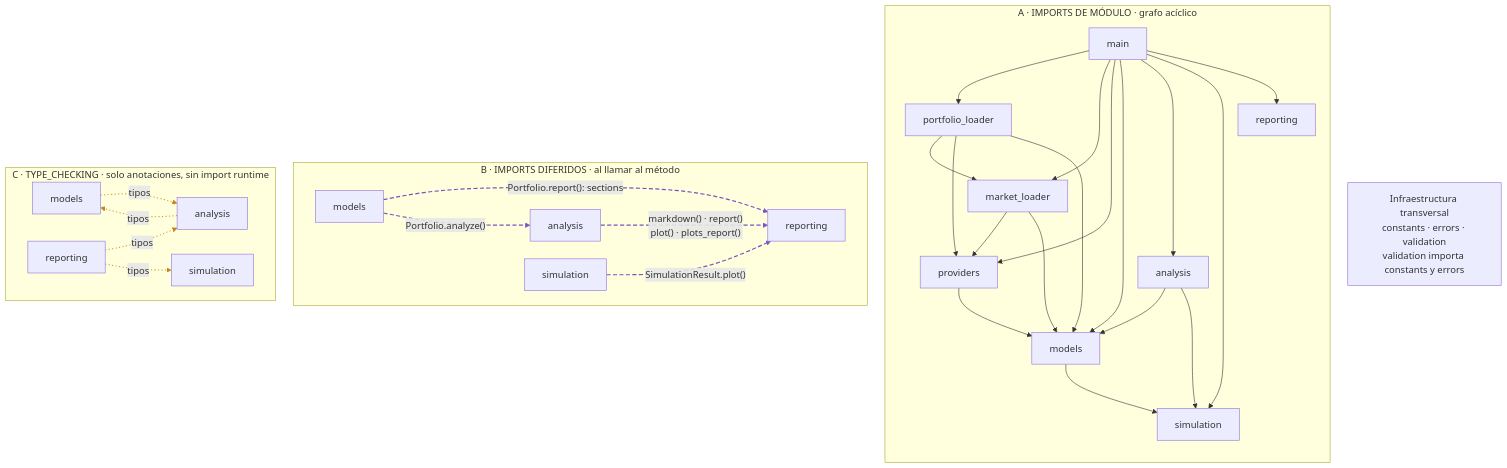
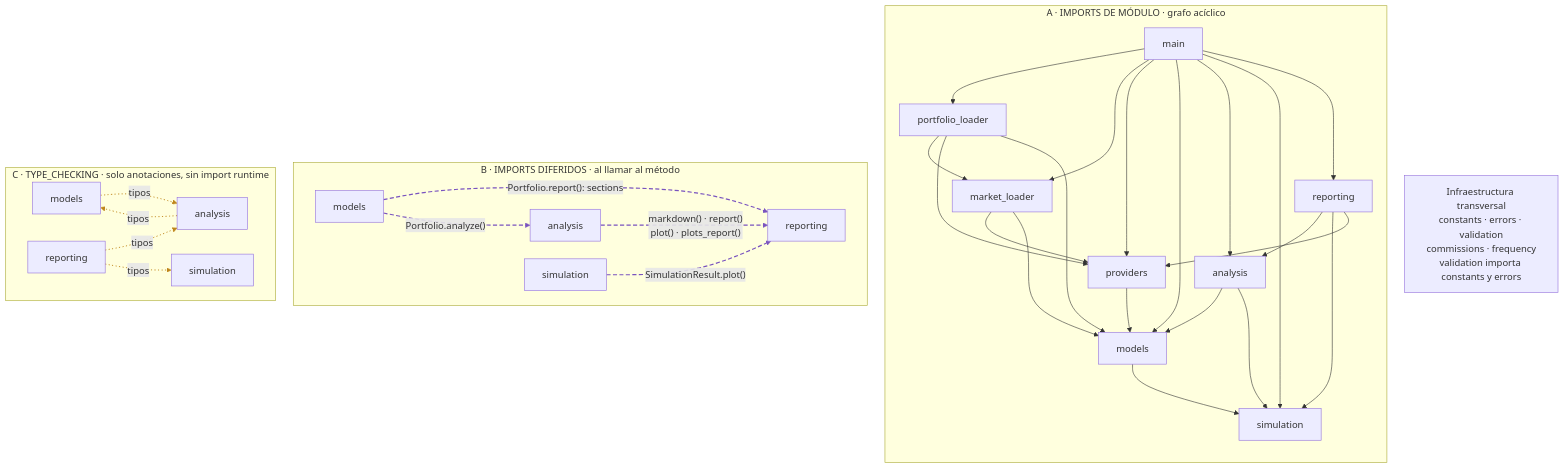
The diagram in diagramas/05-dependencias.mmd (Diegopasfer1909/tallerb1-t1-equipo7), drawn with Mermaid before and after one commit. The commit also changed 27 other files, not shown here.

Commit message:
Actualiza los diagramas con comisiones, BCE y ventana de estimación

```diff
--- a/diagramas/05-dependencias.mmd
+++ b/diagramas/05-dependencias.mmd
@@ -1,73 +1,81 @@
 %% Imports internos extraídos del AST. Tres vistas separadas evitan confundir
 %% importación al cargar un módulo, importación al llamar y anotaciones de tipos.
 %%{init: {"flowchart":{"curve":"basis","nodeSpacing":30,"rankSpacing":50}}}%%
 flowchart TB
     accTitle: B1-T1 · Dependencias entre paquetes
     accDescr: Imports de módulo sin ciclos, imports diferidos de conveniencia e imports exclusivos de TYPE_CHECKING.
     subgraph MODULE["A · IMPORTS DE MÓDULO · grafo acíclico"]
         direction TB
         M["main"]
         PL["portfolio_loader"]
         ML["market_loader"]
         P["providers"]
         D["models"]
         A["analysis"]
         S["simulation"]
         R["reporting"]
         M --> PL
         M --> ML
         M --> P
         M --> D
         M --> A
         M --> S
         M --> R
         PL --> ML
         PL --> P
         PL --> D
         ML --> P
         ML --> D
         P --> D
         A --> D
         A --> S
         D --> S
+        R --> A
+        R --> S
+        R --> P
     end
     subgraph DEFERRED["B · IMPORTS DIFERIDOS · al llamar al método"]
         direction LR
         DD["models"]
         DA["analysis"]
         DS["simulation"]
         DR["reporting"]
         DD -. "Portfolio.analyze()" .-> DA
         DD -. "Portfolio.report(): sections" .-> DR
         DA -. "markdown() · report()<br/>plot() · plots_report()" .-> DR
         DS -. "SimulationResult.plot()" .-> DR
     end
     subgraph TYPES["C · TYPE_CHECKING · solo anotaciones, sin import runtime"]
         direction LR
         TD["models"]
         TA["analysis"]
         TS["simulation"]
         TR["reporting"]
         TD -. "tipos" .-> TA
         TA -. "tipos" .-> TD
         TR -. "tipos" .-> TA
         TR -. "tipos" .-> TS
     end
-    CORE["Infraestructura transversal<br/>constants · errors · validation<br/>validation importa constants y errors"]
-    linkStyle 16,17,18,19 stroke:#7953BF,stroke-width:2px,stroke-dasharray:7 4;
-    linkStyle 20,21,22,23 stroke:#BF861B,stroke-width:1.5px,stroke-dasharray:2 4;
+    CORE["Infraestructura transversal<br/>constants · errors · validation<br/>commissions · frequency<br/>validation importa constants y errors"]
+    linkStyle 19,20,21,22 stroke:#7953BF,stroke-width:2px,stroke-dasharray:7 4;
+    linkStyle 23,24,25,26 stroke:#BF861B,stroke-width:1.5px,stroke-dasharray:2 4;
 
 %% Imports transversales omitidos visualmente:
 %% origen           | constants | errors | validation
 %% main             | sí        | sí     | sí
 %% portfolio_loader | sí        | no     | sí
 %% market_loader    | sí        | sí     | no
 %% providers        | sí        | sí     | sí
 %% models           | sí        | sí     | sí
 %% analysis         | sí        | sí     | sí
 %% simulation       | sí        | sí     | sí
 %% reporting        | sí        | sí     | sí
 %% validation       | sí        | sí     | --
+%% commissions: main, portfolio_loader, models, simulation, analysis, reporting.
+%% frequency: analysis, simulation. commissions importa errors y validation;
+%% frequency importa constants.
+%% reporting importa al cargar analysis (métricas, avisos), simulation (supuestos)
+%% y providers (identificador de la serie del BCE).
 %% constants y errors no importan otros paquetes internos.
 %% 4 aristas diferidas = 7 sentencias de importación.
 %% Los imports internos dentro del mismo paquete no se representan.
```
